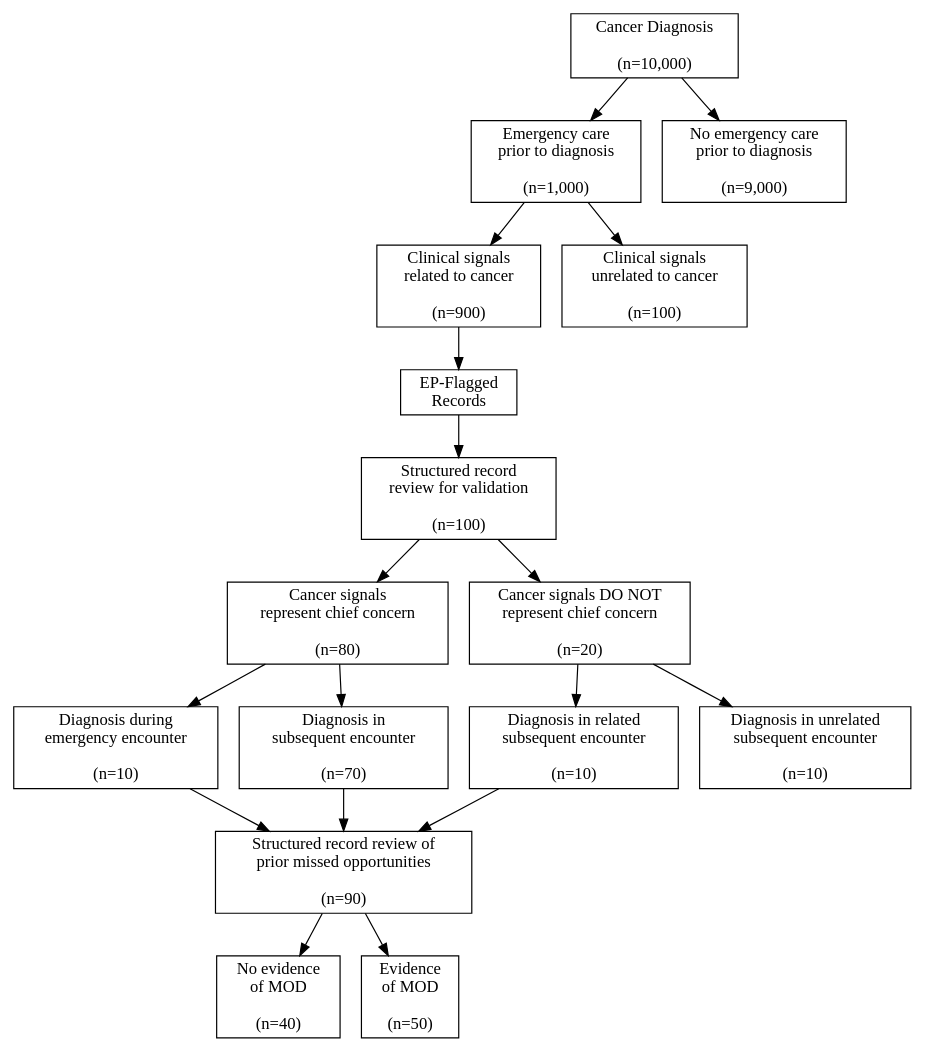
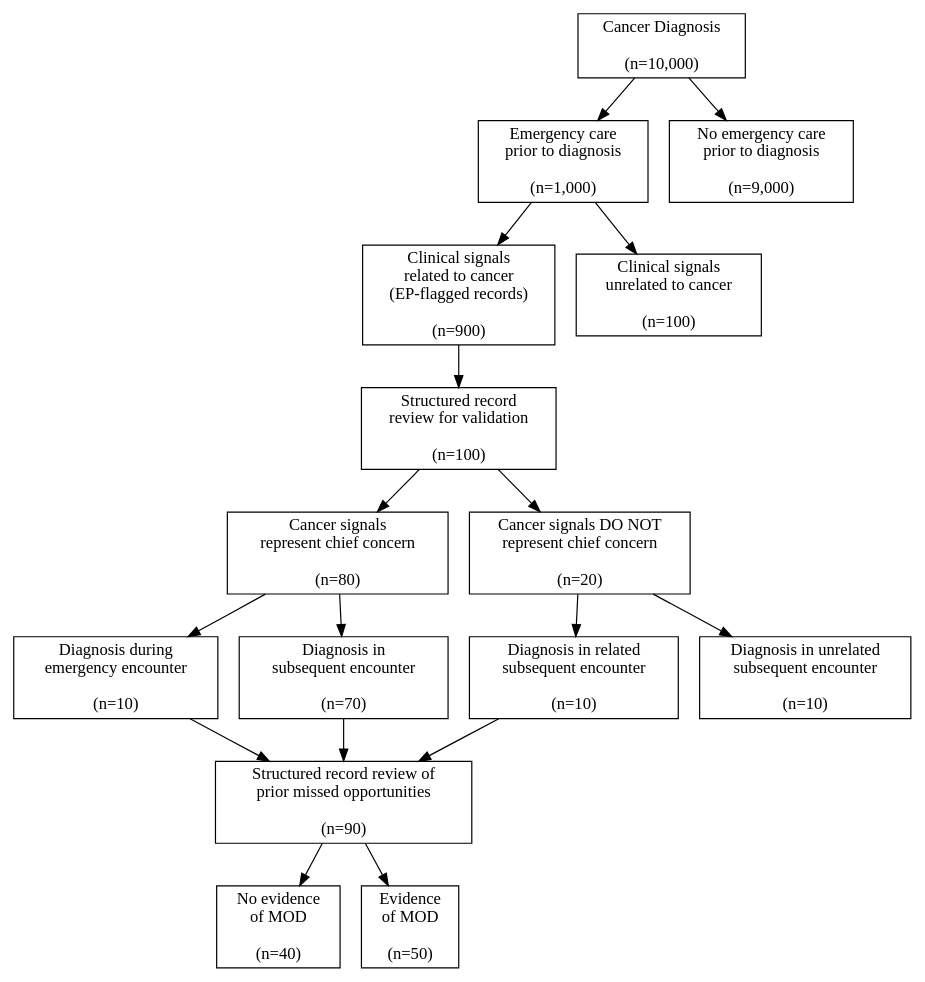
One commit to zimolzak/MooreMeasures changed the diagram in consort.dot. Above: the diagram before and after it, drawn with Graphviz.

Commit message:
Cut out a redundant node.

```diff
--- a/consort.dot
+++ b/consort.dot
@@ -1,48 +1,46 @@
 digraph{
 
 # Nodes
 
 cancer_dx[shape=rectangle, label="Cancer Diagnosis\n\n(n=10,000)"]
 emerg[shape=rectangle, label="Emergency care\nprior to diagnosis\n\n(n=1,000)"]
 no_emerg[shape=rectangle, label="No emergency care\nprior to diagnosis\n\n(n=9,000)"]
-signals_related[shape=rectangle, label="Clinical signals\nrelated to cancer\n\n(n=900)"]
+signals_related[shape=rectangle, label="Clinical signals\nrelated to cancer\n(EP-flagged records)\n\n(n=900)"]
 signals_unrelated[shape=rectangle, label="Clinical signals\nunrelated to cancer\n\n(n=100)"]
 
-Flagged[shape=rectangle, label="EP-Flagged\nRecords"]
 review_sample[shape=rectangle, label="Structured record\nreview for validation\n\n(n=100)"]
 chief_concern[shape=rectangle, label="Cancer signals\nrepresent chief concern\n\n(n=80)"]
 not_chief[shape=rectangle, label="Cancer signals DO NOT\nrepresent chief concern\n\n(n=20)"]
 
 dx_during_type1[shape=rectangle, label="Diagnosis during\nemergency encounter\n\n(n=10)"]
 dx_later_type2[shape=rectangle, label="Diagnosis in\nsubsequent encounter\n\n(n=70)"]
 dx_related_type3_incidental[shape=rectangle, label="Diagnosis in related\nsubsequent encounter\n\n(n=10)"]
 dx_unrelated_nonEP_FP[shape=rectangle, label="Diagnosis in unrelated\nsubsequent encounter\n\n(n=10)"]
 
 MOD_review[shape=rectangle, label="Structured record review of\nprior missed opportunities\n\n(n=90)"]
 no_MOD[shape=rectangle, label="No evidence\nof MOD\n\n(n=40)"]
 yes_MOD[shape=rectangle, label="Evidence\nof MOD\n\n(n=50)"]
 
 # Edges
 
 cancer_dx -> emerg
 cancer_dx -> no_emerg
 emerg -> signals_unrelated
 emerg -> signals_related
-signals_related -> Flagged
 
-Flagged -> review_sample
+signals_related -> review_sample
 review_sample -> chief_concern
 review_sample -> not_chief
 chief_concern -> dx_during_type1
 chief_concern -> dx_later_type2
 not_chief -> dx_related_type3_incidental
 not_chief -> dx_unrelated_nonEP_FP
 
 dx_during_type1 -> MOD_review
 dx_later_type2 -> MOD_review
 dx_related_type3_incidental -> MOD_review
 
 MOD_review -> yes_MOD
 MOD_review -> no_MOD
 
 }
```
